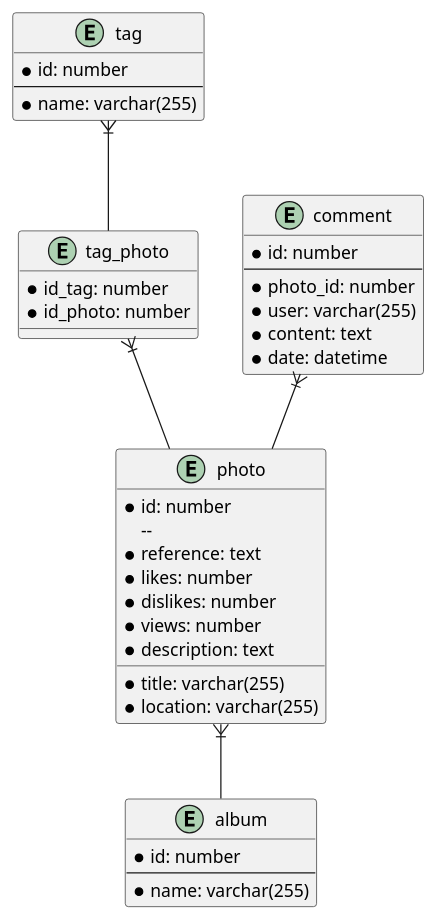
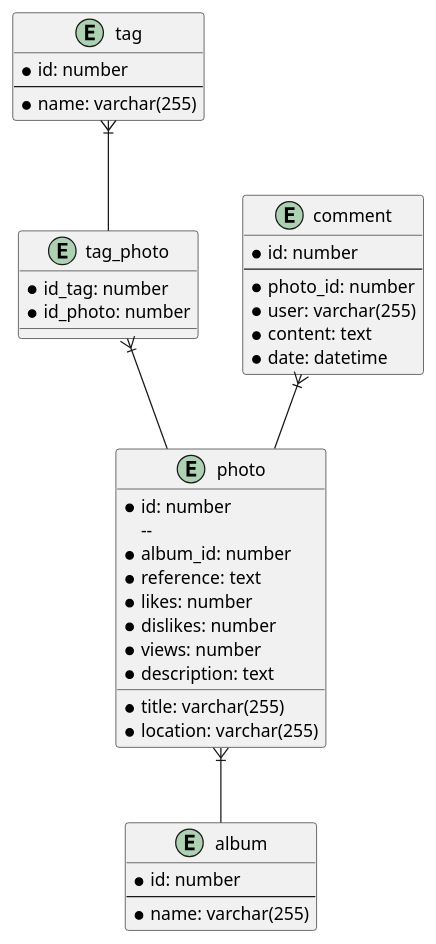
One commit to kubaczak/galeriaPAI changed the diagram in docs/Logiczny.puml. Above: the diagram before and after it, drawn with PlantUML.

```diff
--- a/docs/Logiczny.puml
+++ b/docs/Logiczny.puml
@@ -1,45 +1,46 @@
 @startuml logiczny
 entity album{
   * id: number
   --
   * name: varchar(255)
 }
 
 entity photo{
   * id: number
   -- 
+  * album_id: number
   * reference: text
   * likes: number
   * dislikes: number
   * views: number
   * title: varchar(255)
   * description: text
   * location: varchar(255)
 }
 
 entity tag{
   * id: number
   --
   * name: varchar(255)
 }
 
 entity tag_photo{
   * id_tag: number
   * id_photo: number
 }
 
 entity comment{
   * id: number
   --
   * photo_id: number
   * user: varchar(255)
   * content: text
   * date: datetime
 }
 
 
 photo }|-- album
 comment }|-- photo
 tag_photo }|-- photo
 tag }|-- tag_photo
 @enduml
```
